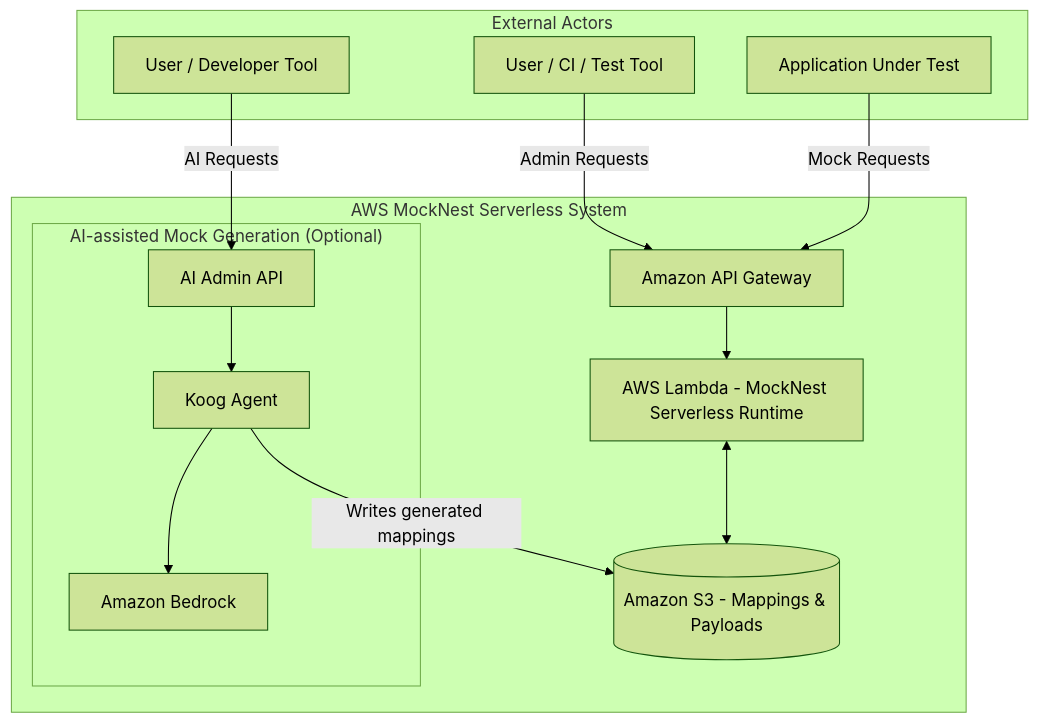
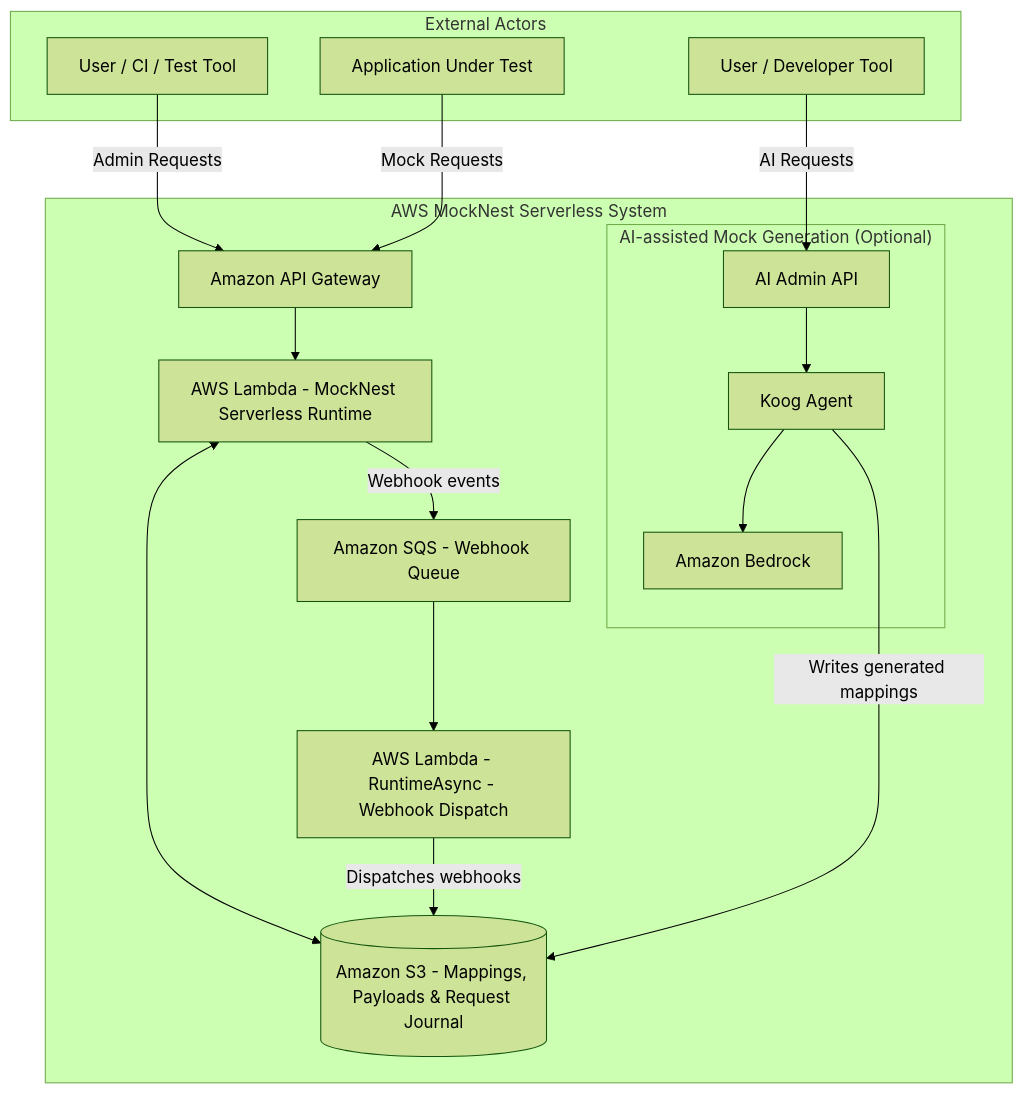
Before and after one commit to elenavanengelenmaslova/mocknest-serverless: the third of 3 diagrams in .kiro/steering/structure.md, drawn with Mermaid (forest theme). The commit also changed other lines of this file and 5 other files, not shown here.

````diff
--- a/.kiro/steering/structure.md
+++ b/.kiro/steering/structure.md
@@ -360,30 +362,35 @@
 ```mermaid
 flowchart TB
     subgraph Actors["External Actors"]
         USER[User / CI / Test Tool]
         AIUSER[User / Developer Tool]
         APP[Application Under Test]
     end
 
     subgraph AWS["AWS MockNest Serverless System"]
         APIGW[Amazon API Gateway]
         LAMBDA[AWS Lambda - MockNest Serverless Runtime]
-        S3[(Amazon S3 - Mappings & Payloads)]
+        LAMBDAASYNC[AWS Lambda - RuntimeAsync - Webhook Dispatch]
+        SQS[Amazon SQS - Webhook Queue]
+        S3[(Amazon S3 - Mappings, Payloads & Request Journal)]
 
         subgraph AI["AI-assisted Mock Generation (Optional)"]
             AIADMIN[AI Admin API]
             KOOG[Koog Agent]
             BEDROCK[Amazon Bedrock]
             
             AIADMIN --> KOOG
             KOOG --> BEDROCK
         end
     end
 
     USER -->|Admin Requests| APIGW
     APP -->|Mock Requests| APIGW
     AIUSER -->|AI Requests| AIADMIN
     APIGW --> LAMBDA
     LAMBDA <--> S3
+    LAMBDA -->|Webhook events| SQS
+    SQS --> LAMBDAASYNC
+    LAMBDAASYNC -->|Dispatches webhooks| S3
     KOOG -->|Writes generated mappings| S3
 ```
````
